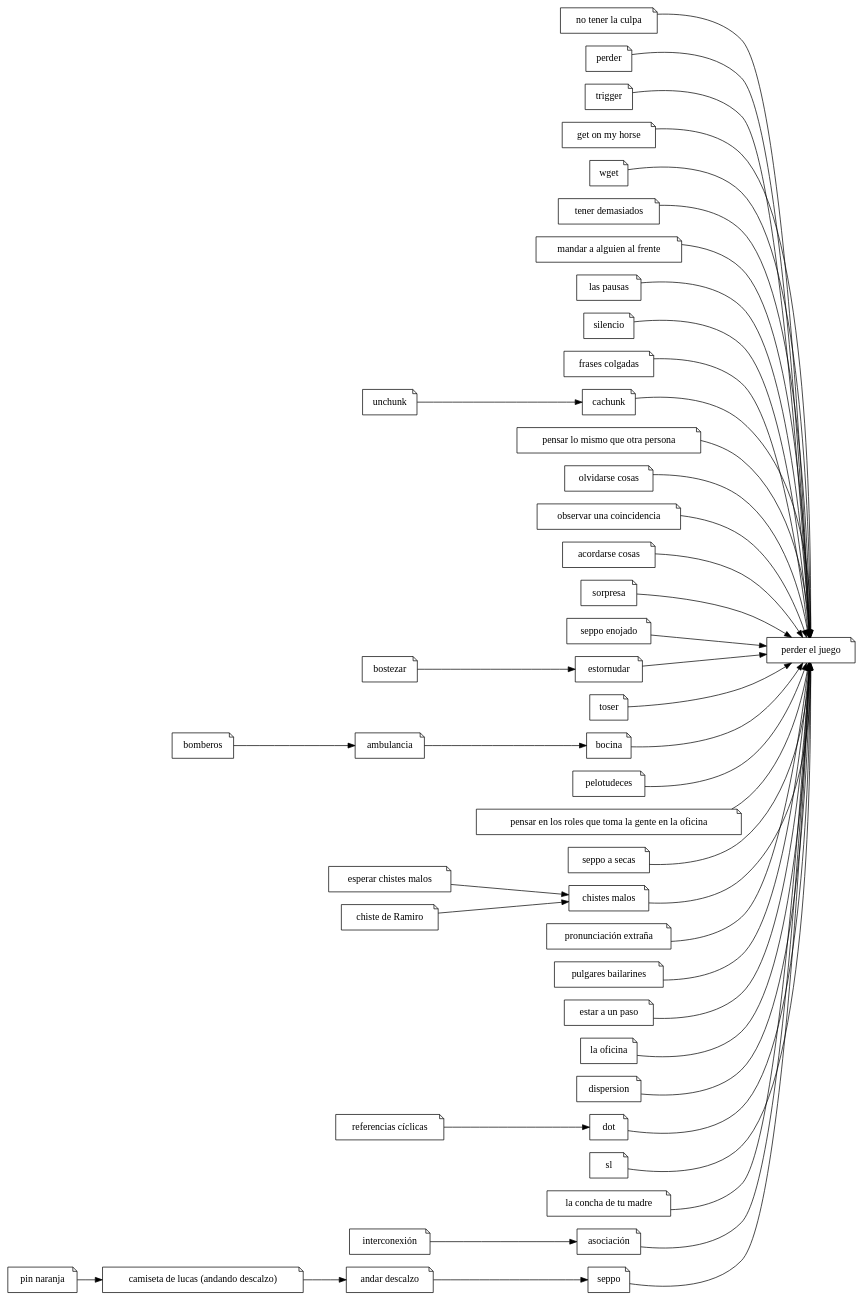
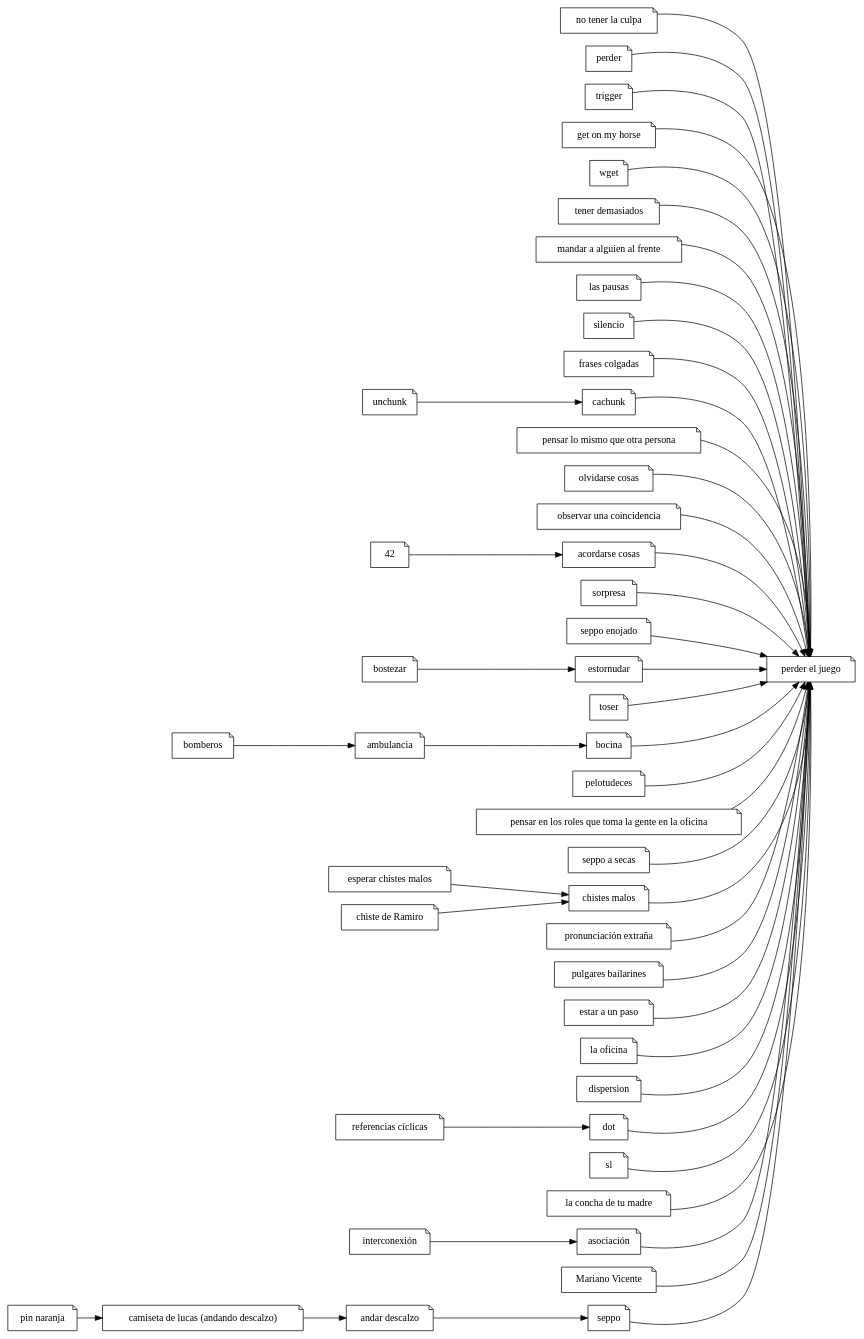
One commit to ramiror/ilostthegame changed the diagram in ilostthegame.dot. Above: the diagram before and after it, drawn with Graphviz. The commit also changed 2 other files, not shown here.

Commit message:
Mariano Vicente

```diff
--- a/ilostthegame.dot
+++ b/ilostthegame.dot
@@ -1,96 +1,98 @@
 digraph
 {
 	rankdir="LR"
 	node [shape="note"]
 
 	pej [label="perder el juego"]
 	"no tener la culpa"
 	"perder"
 	"trigger"
 	"get on my horse"
 	"wget"
 	"tener demasiados"
 	"mandar a alguien al frente"
 	"las pausas"
 	"silencio"
 	"frases colgadas"
 	"cachunk"
 	"pensar lo mismo que otra persona"
 	"olvidarse cosas"
 	"observar una coincidencia"
 	"acordarse cosas"
 	"sorpresa"
 	"seppo enojado"
 	"estornudar"
 	"toser"
 	"bocina"
 	"pelotudeces"
 	roles [label="pensar en los roles que toma la gente en la oficina"]
 	"seppo a secas"
 	"bostezar"
 	"chistes malos"
 	pe [label="pronunciación extraña"]
 	"pulgares bailarines"
 	"estar a un paso"
 	"la oficina"
 	"dispersion"
 	"ambulancia"
 	"esperar chistes malos"
 	"chiste de Ramiro"
 	"unchunk"
 	"andar descalzo"
 	"pin naranja" 
-	"dot"
-	"sl"
+	dot
+	sl
 	rc [label="referencias cíclicas"]
 	camiseta [label="camiseta de lucas (andando descalzo)"]
 	lcdtm [label="la concha de tu madre"]
 	bomberos
 	int [label="interconexión"]
 	asoc [label="asociación"]
-
+	mv [label="Mariano Vicente"]
 	"perder"                           -> pej
 	"no tener la culpa"                -> pej
 	"trigger"                          -> pej
 	"get on my horse"                  -> pej
 	"wget"                             -> pej
 	"tener demasiados"                 -> pej
 	"mandar a alguien al frente"       -> pej
 	"las pausas"                       -> pej
 	"silencio"                         -> pej
 	"frases colgadas"                  -> pej
 	"cachunk"                          -> pej
 	"pensar lo mismo que otra persona" -> pej
 	"olvidarse cosas"                  -> pej
 	"observar una coincidencia"        -> pej
 	"acordarse cosas"                  -> pej
 	"sorpresa"                         -> pej
 	"seppo enojado"                    -> pej
 	"estornudar"                       -> pej
 	"toser"                            -> pej
 	"bocina"                           -> pej
 	"pelotudeces"                      -> pej
 	roles -> pej
 	"seppo a secas"                    -> pej
 	"chistes malos"                    -> pej
 	pe                                 -> pej
 	"pulgares bailarines"              -> pej
 	"estar a un paso"                  -> pej
 	"la oficina"                       -> pej
 	"dispersion"                       -> pej
 	"seppo"                            -> pej
 	lcdtm                              -> pej
 	asoc                               -> pej
+	mv                                 -> pej
 	dot                                -> pej
 	sl                                 -> pej
 
 	bomberos -> "ambulancia" -> "bocina"
 	"esperar chistes malos" -> "chistes malos"
 	"chiste de Ramiro" -> "chistes malos"
 	"unchunk" -> "cachunk"
 	"andar descalzo" -> "seppo"
 	"pin naranja" -> camiseta -> "andar descalzo"
 	int -> asoc
 	"bostezar" -> estornudar
-	rc ->dot
+	42 -> "acordarse cosas"
+	rc -> dot
 }
```
